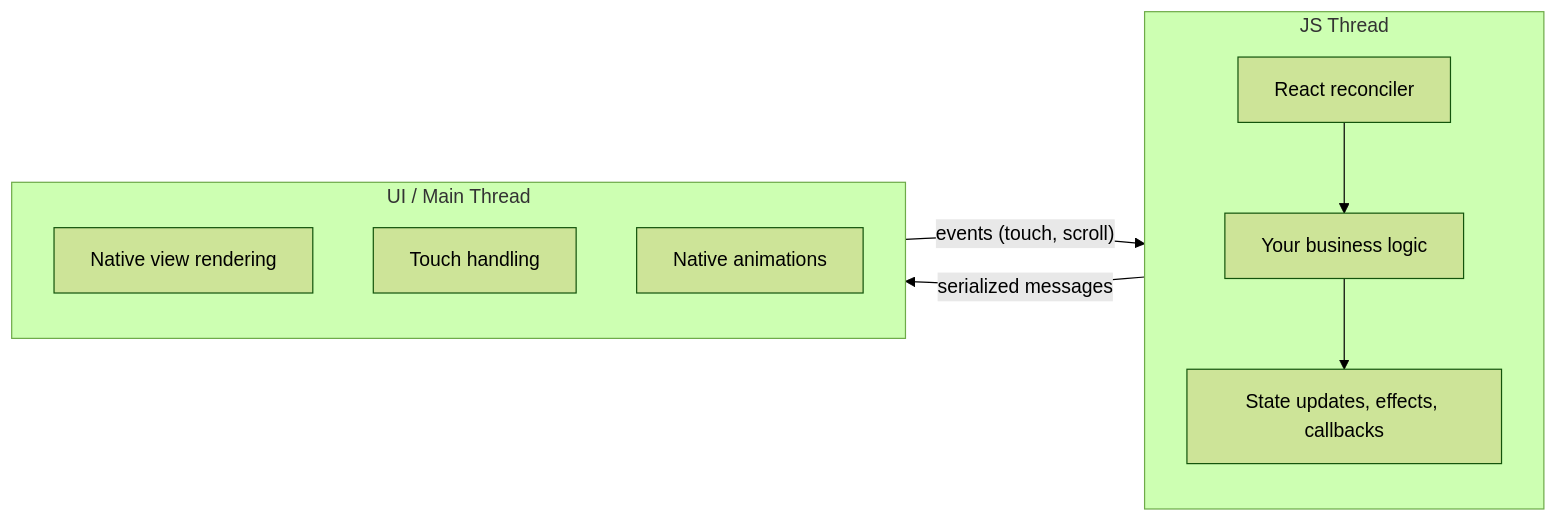
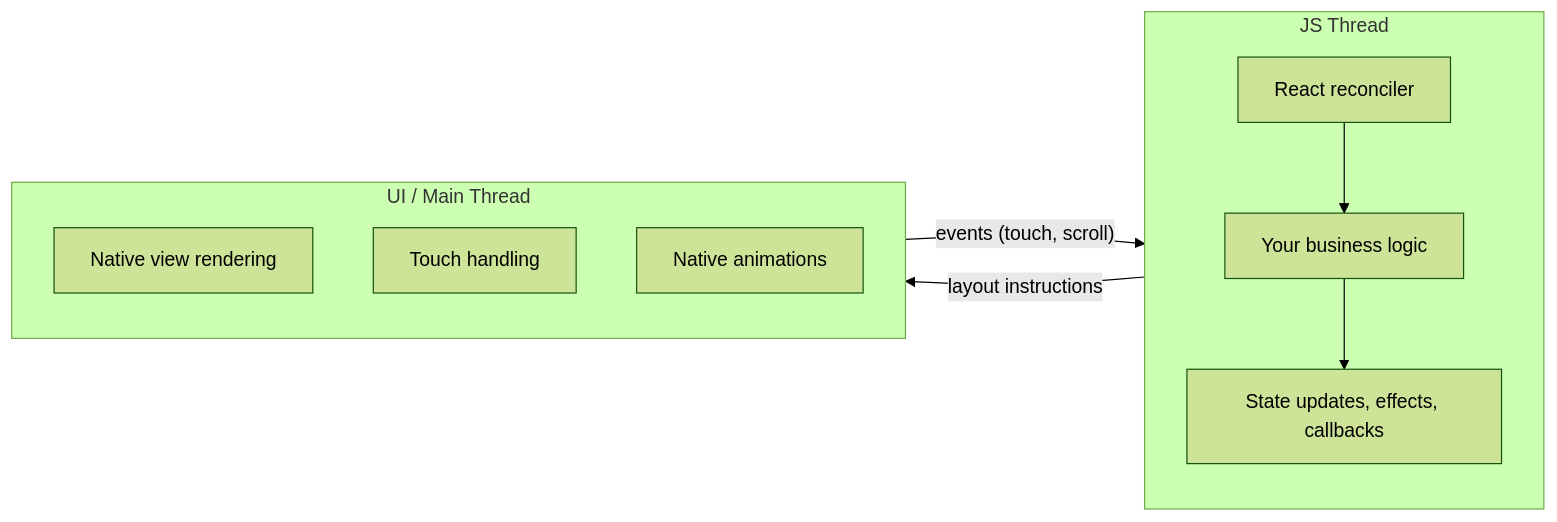
One commit to BabaScience/react-guides changed the eighth of 12 diagrams in arguments/chapters/rn-02-fundamentals.md. Above: the diagram before and after it, drawn with Mermaid (forest theme). The commit also changed other lines of this file and 63 other files, not shown here.

First line of the commit message:
Enrich React Native roadmap with deeper content, visuals, and FR/IT translations

````diff
--- a/arguments/chapters/rn-02-fundamentals.md
+++ b/arguments/chapters/rn-02-fundamentals.md
@@ -267,14 +421,14 @@
 ```mermaid
 graph LR
     subgraph JSThread["JS Thread"]
         React["React reconciler"] --> Logic["Your business logic"]
         Logic --> StateUpdates["State updates, effects, callbacks"]
     end
     subgraph UIThread["UI / Main Thread"]
         NativeViews["Native view rendering"]
         Gestures["Touch handling"]
         Animations["Native animations"]
     end
-    JSThread -->|"serialized messages"| UIThread
+    JSThread -->|"layout instructions"| UIThread
     UIThread -->|"events (touch, scroll)"| JSThread
 ```
````
